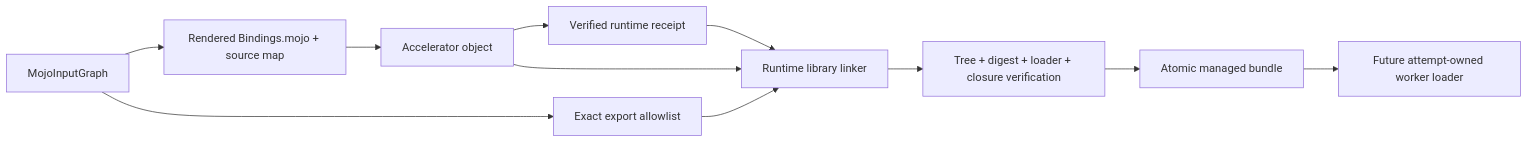
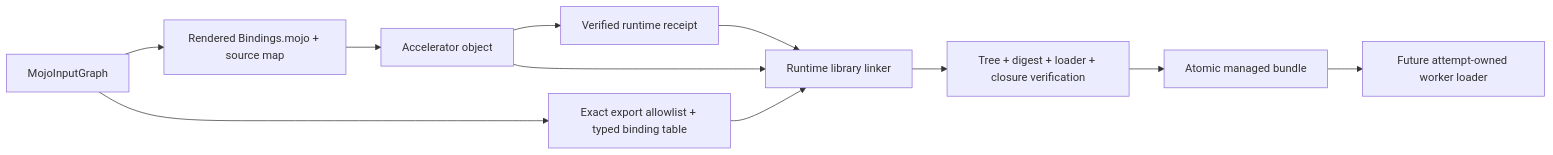
Before and after one commit to 1amageek/swift-mojo: the diagram in docs/ADR-0013-CALLABLE-RUNTIME-LIBRARY-BUNDLES.md, drawn with Mermaid. The commit also changed other lines of this file and 14 other files, not shown here.

````diff
--- a/docs/ADR-0013-CALLABLE-RUNTIME-LIBRARY-BUNDLES.md
+++ b/docs/ADR-0013-CALLABLE-RUNTIME-LIBRARY-BUNDLES.md
@@ -53,13 +55,13 @@
 ```mermaid
 flowchart LR
     G["MojoInputGraph"] --> S["Rendered Bindings.mojo + source map"]
     S --> O["Accelerator object"]
     O --> R["Verified runtime receipt"]
-    G --> E["Exact export allowlist"]
+    G --> E["Exact export allowlist + typed binding table"]
     R --> L["Runtime library linker"]
     O --> L
     E --> L
     L --> V["Tree + digest + loader + closure verification"]
     V --> C["Atomic managed bundle"]
     C --> W["Future attempt-owned worker loader"]
 ```
````
